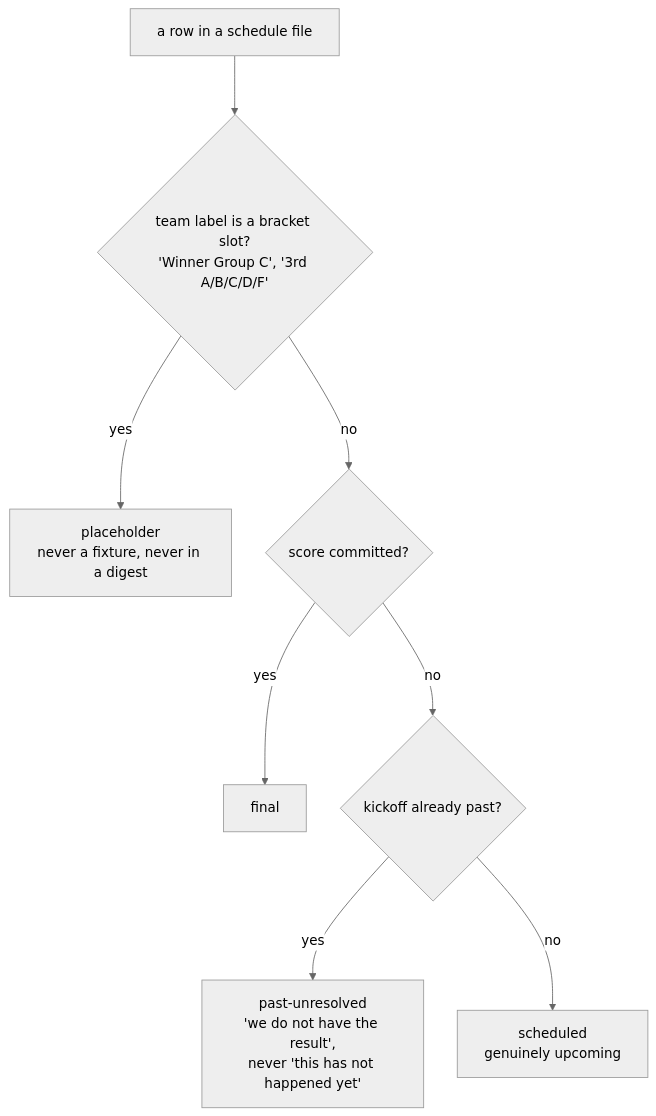
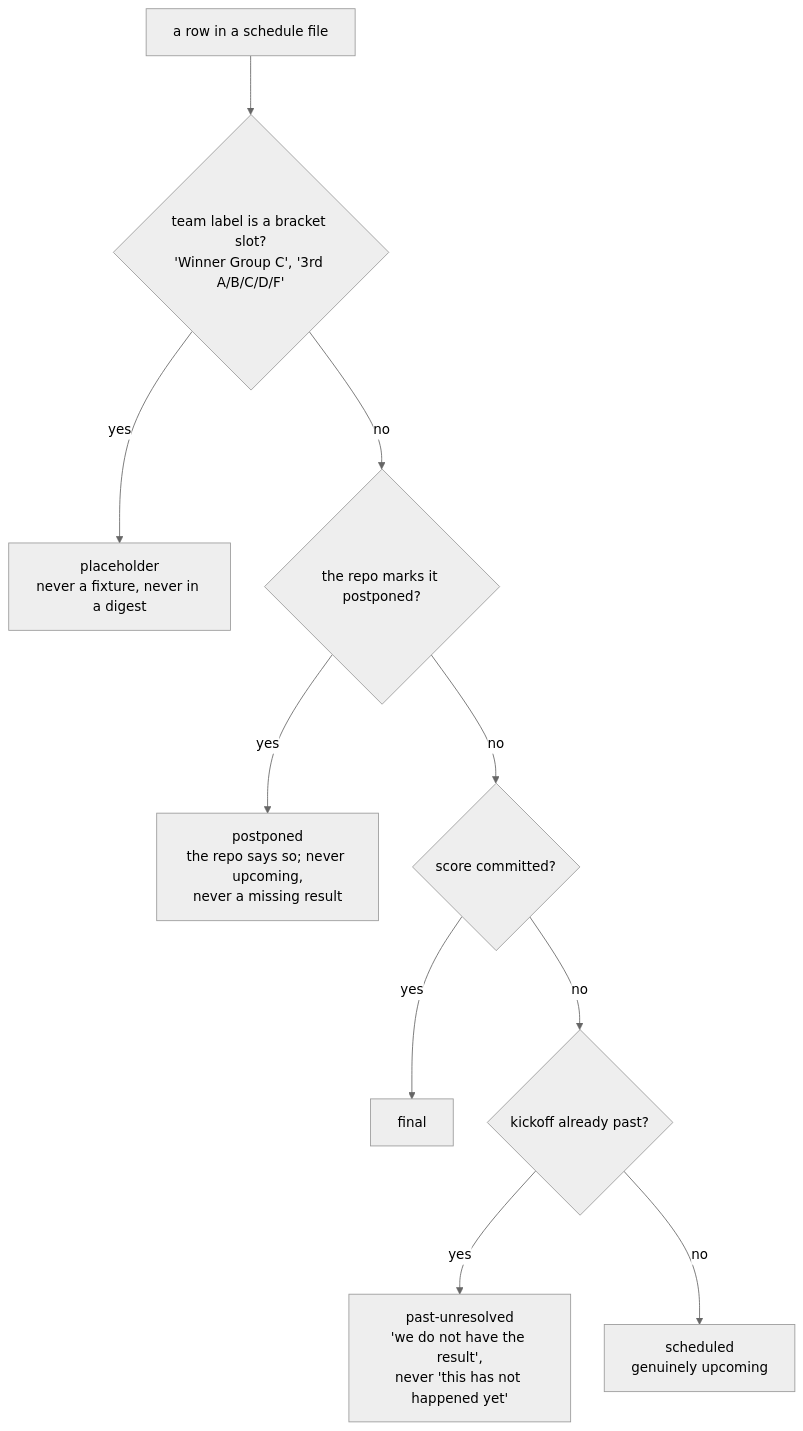
One commit to ismayc/never-miss-a-game changed the second of 3 diagrams in TECHNICAL.md. Above: the diagram before and after it, drawn with Mermaid (neutral theme). The commit also changed other lines of this file and 6 other files, not shown here.

````diff
--- a/TECHNICAL.md
+++ b/TECHNICAL.md
@@ -102,11 +102,13 @@
 ```mermaid
 %%{init: {"flowchart": {"nodeSpacing": 40, "rankSpacing": 70, "padding": 16}}}%%
 flowchart TD
     G["a row in a schedule file"] --> Q1{"team label is a bracket slot?<br/>'Winner Group C', '3rd A/B/C/D/F'"}
     Q1 -- yes --> S1["placeholder<br/>never a fixture, never in a digest"]
-    Q1 -- no --> Q2{"score committed?"}
+    Q1 -- no --> Q0{"the repo marks it postponed?"}
+    Q0 -- yes --> S0["postponed<br/>the repo says so; never upcoming,<br/>never a missing result"]
+    Q0 -- no --> Q2{"score committed?"}
     Q2 -- yes --> S2["final"]
     Q2 -- no --> Q3{"kickoff already past?"}
     Q3 -- yes --> S3["past-unresolved<br/>'we do not have the result',<br/>never 'this has not happened yet'"]
     Q3 -- no --> S4["scheduled<br/>genuinely upcoming"]
 ```
````
